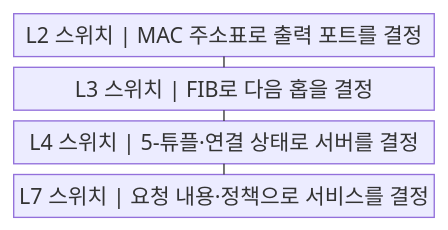
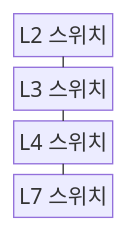
Before and after one commit to agnusdei1207/knowledge-base: the first of 2 diagrams in src/content/docs/notes/04-network/018_network_switches.md, drawn with Mermaid. The commit also changed other lines of this file and 122 other files, not shown here.

````diff
--- a/src/content/docs/notes/04-network/018_network_switches.md
+++ b/src/content/docs/notes/04-network/018_network_switches.md
@@ -59,11 +59,11 @@
 ```mermaid
-block
+block-beta
     columns 1
-    A["L2 스위치 | MAC 주소표로 출력 포트를 결정"]
-    B["L3 스위치 | FIB로 다음 홉을 결정"]
-    C["L4 스위치 | 5-튜플·연결 상태로 서버를 결정"]
-    D["L7 스위치 | 요청 내용·정책으로 서비스를 결정"]
+    A["L2 스위치"]
+    B["L3 스위치"]
+    C["L4 스위치"]
+    D["L7 스위치"]
     A --- B
     B --- C
     C --- D
 ```
````
